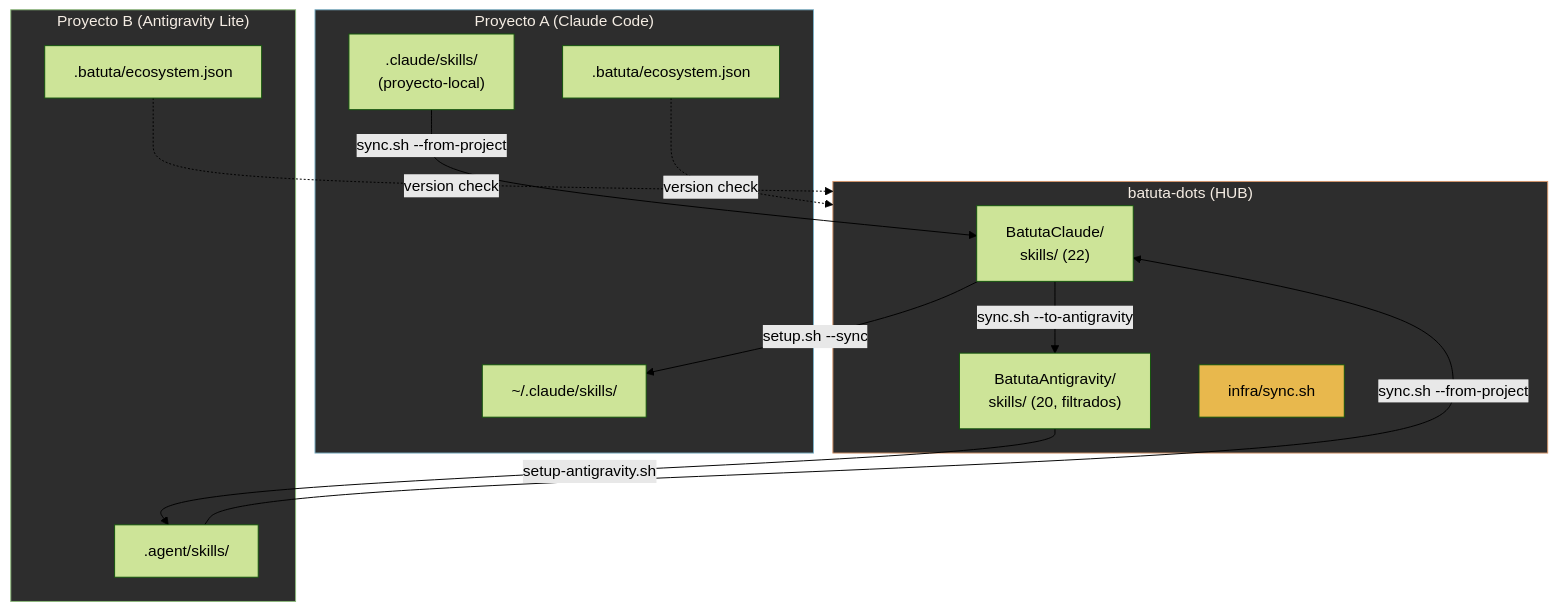
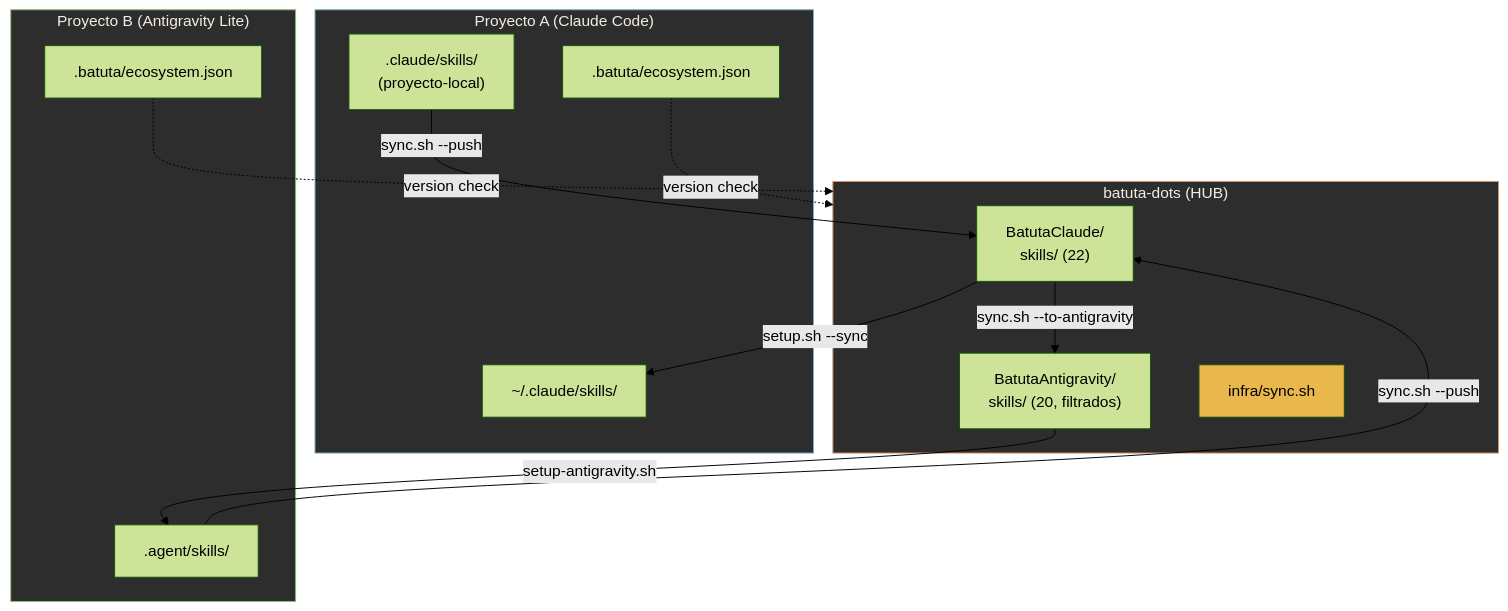
One commit to jota-batuta/batuta-dots changed diagram 22 of 23 in docs/architecture/arquitectura-diagrama.md. Above: the diagram before and after it, drawn with Mermaid (forest theme). The commit also changed other lines of this file and 7 other files, not shown here.

First line of the commit message:
docs: update guides and architecture for PR #8 changes

````diff
--- a/docs/architecture/arquitectura-diagrama.md
+++ b/docs/architecture/arquitectura-diagrama.md
@@ -809,34 +805,34 @@
 ```mermaid
 flowchart TD
     subgraph HUB["batuta-dots (HUB)"]
         BC["BatutaClaude/<br/>skills/ (22)"]
         BA["BatutaAntigravity/<br/>skills/ (20, filtrados)"]
         SYNC["infra/sync.sh"]
     end
 
     subgraph SPOKE_CLAUDE["Proyecto A (Claude Code)"]
         PC_SKILLS["~/.claude/skills/"]
         PC_LOCAL[".claude/skills/<br/>(proyecto-local)"]
         PC_ECO[".batuta/ecosystem.json"]
     end
 
     subgraph SPOKE_ANTIGRAVITY["Proyecto B (Antigravity Lite)"]
         PA_SKILLS[".agent/skills/"]
         PA_ECO[".batuta/ecosystem.json"]
     end
 
     BC -->|"setup.sh --sync"| PC_SKILLS
     BC -->|"sync.sh --to-antigravity"| BA
     BA -->|"setup-antigravity.sh"| PA_SKILLS
 
-    PC_LOCAL -->|"sync.sh --from-project"| BC
-    PA_SKILLS -->|"sync.sh --from-project"| BC
+    PC_LOCAL -->|"sync.sh --push"| BC
+    PA_SKILLS -->|"sync.sh --push"| BC
 
     PC_ECO -.->|"version check"| HUB
     PA_ECO -.->|"version check"| HUB
 
     style HUB fill:#2d2d2d,stroke:#D4956A,color:#F5EDE4
     style SPOKE_CLAUDE fill:#2d2d2d,stroke:#7AAFC4,color:#F5EDE4
     style SPOKE_ANTIGRAVITY fill:#2d2d2d,stroke:#8BB87A,color:#F5EDE4
     style SYNC fill:#E8B84D,color:#000
 ```
````
